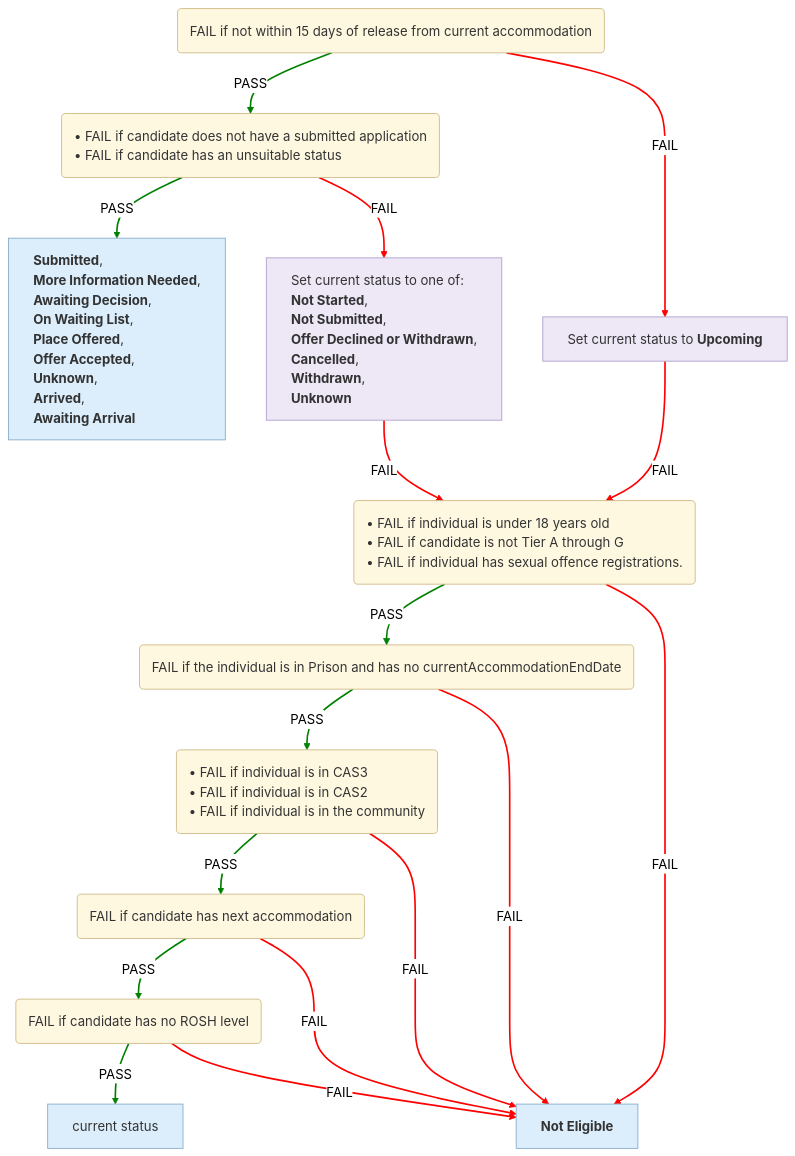
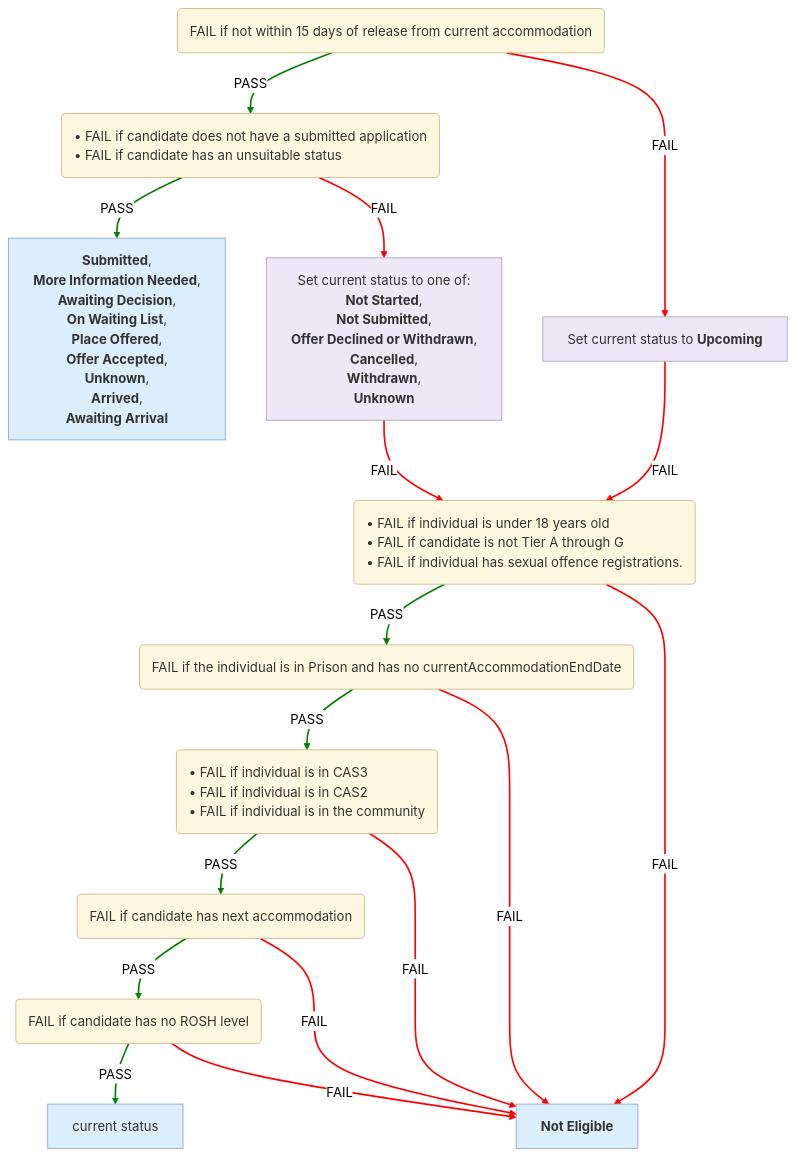
The second of 6 diagrams in docs/eligibility-rules-graph.md (uk-gov-mirror/ministryofjustice.hmpps-single-accommodation-service-api), drawn with Mermaid (neutral theme) before and after one commit. The commit also changed other lines of this file and 3 other files, not shown here.

Commit message:
chore/SAS-1532-Use-UI-statuses-in-graph-instead-of-enums

````diff
--- a/docs/eligibility-rules-graph.md
+++ b/docs/eligibility-rules-graph.md
@@ -135,59 +135,59 @@
 ```mermaid
 %%{init: {"flowchart": {"wrappingWidth": 800}}}%%
 flowchart TD
-  Upcoming("<div style='text-align:left'>FAIL if not within 15 days of release from current accommodation</div>")
+  Upcoming("FAIL if not within 15 days of release from current accommodation")
   Suitability("<div style='text-align:left'>• FAIL if candidate does not have a submitted application
 • FAIL if candidate has an unsuitable status</div>")
-  updater_Submitted___More_Information_Needed___Awaiting_Decision___On_Waiting_List___Place_Offered___Offer_Accepted___Unknown___Arrived___Awaiting_Arrival["<div style='text-align:left'><b>Submitted</b>,
+  updater_Submitted___More_Information_Needed___Awaiting_Decision___On_Waiting_List___Place_Offered___Offer_Accepted___Unknown___Arrived___Awaiting_Arrival["<b>Submitted</b>,
  <b>More Information Needed</b>,
  <b>Awaiting Decision</b>,
  <b>On Waiting List</b>,
  <b>Place Offered</b>,
  <b>Offer Accepted</b>,
  <b>Unknown</b>,
  <b>Arrived</b>,
- <b>Awaiting Arrival</b></div>"]
-  updater_Set_current_status_to_one_of__Not_Started___Not_Submitted___Offer_Declined_or_Withdrawn___Cancelled___Withdrawn___Unknown["<div style='text-align:left'>Set current status to one of:
+ <b>Awaiting Arrival</b>"]
+  updater_Set_current_status_to_one_of__Not_Started___Not_Submitted___Offer_Declined_or_Withdrawn___Cancelled___Withdrawn___Unknown["Set current status to one of:
 <b>Not Started</b>,
  <b>Not Submitted</b>,
  <b>Offer Declined or Withdrawn</b>,
  <b>Cancelled</b>,
  <b>Withdrawn</b>,
- <b>Unknown</b></div>"]
+ <b>Unknown</b>"]
   Eligibility_Person("<div style='text-align:left'>• FAIL if individual is under 18 years old
 • FAIL if candidate is not Tier A through G
 • FAIL if individual has sexual offence registrations.</div>")
-  Eligibility_Release_Date("<div style='text-align:left'>FAIL if the individual is in Prison and has no currentAccommodationEndDate</div>")
+  Eligibility_Release_Date("FAIL if the individual is in Prison and has no currentAccommodationEndDate")
   Eligibility_Current_Accommodation("<div style='text-align:left'>• FAIL if individual is in CAS3
 • FAIL if individual is in CAS2
 • FAIL if individual is in the community</div>")
-  Eligibility_Next_Accommodation("<div style='text-align:left'>FAIL if candidate has next accommodation</div>")
-  Eligibility_Rosh("<div style='text-align:left'>FAIL if candidate has no ROSH level</div>")
-  current_status["<div style='text-align:left'>current status</div>"]
-  Not_Eligible["<div style='text-align:left'><b>Not Eligible</b></div>"]
-  updater_Set_current_status_to_Upcoming["<div style='text-align:left'>Set current status to <b>Upcoming</b></div>"]
+  Eligibility_Next_Accommodation("FAIL if candidate has next accommodation")
+  Eligibility_Rosh("FAIL if candidate has no ROSH level")
+  current_status["current status"]
+  Not_Eligible["<b>Not Eligible</b>"]
+  updater_Set_current_status_to_Upcoming["Set current status to <b>Upcoming</b>"]
   Suitability -->|PASS| updater_Submitted___More_Information_Needed___Awaiting_Decision___On_Waiting_List___Place_Offered___Offer_Accepted___Unknown___Arrived___Awaiting_Arrival
   Suitability -->|FAIL| updater_Set_current_status_to_one_of__Not_Started___Not_Submitted___Offer_Declined_or_Withdrawn___Cancelled___Withdrawn___Unknown
   Eligibility_Rosh -->|PASS| current_status
   Eligibility_Rosh -->|FAIL| Not_Eligible
   Eligibility_Next_Accommodation -->|PASS| Eligibility_Rosh
   Eligibility_Next_Accommodation -->|FAIL| Not_Eligible
   Eligibility_Current_Accommodation -->|PASS| Eligibility_Next_Accommodation
   Eligibility_Current_Accommodation -->|FAIL| Not_Eligible
   Eligibility_Release_Date -->|PASS| Eligibility_Current_Accommodation
   Eligibility_Release_Date -->|FAIL| Not_Eligible
   Eligibility_Person -->|PASS| Eligibility_Release_Date
   Eligibility_Person -->|FAIL| Not_Eligible
   updater_Set_current_status_to_one_of__Not_Started___Not_Submitted___Offer_Declined_or_Withdrawn___Cancelled___Withdrawn___Unknown -->|FAIL| Eligibility_Person
   Upcoming -->|PASS| Suitability
   Upcoming -->|FAIL| updater_Set_current_status_to_Upcoming
   updater_Set_current_status_to_Upcoming -->|FAIL| Eligibility_Person
   linkStyle 0,2,4,6,8,10,13 stroke:green,stroke-width:2px
   linkStyle 1,3,5,7,9,11,12,14,15 stroke:red,stroke-width:2px
   classDef ruleSetNode fill:#FFF8E1,stroke:#C9B37E,color:#333
   classDef outcomeNode fill:#DCEEFB,stroke:#7FA7C9,color:#333
   classDef updaterNode fill:#EDE7F6,stroke:#A99BC9,color:#333
   class Upcoming,Suitability,Eligibility_Person,Eligibility_Release_Date,Eligibility_Current_Accommodation,Eligibility_Next_Accommodation,Eligibility_Rosh ruleSetNode
   class updater_Submitted___More_Information_Needed___Awaiting_Decision___On_Waiting_List___Place_Offered___Offer_Accepted___Unknown___Arrived___Awaiting_Arrival,current_status,Not_Eligible outcomeNode
   class updater_Set_current_status_to_one_of__Not_Started___Not_Submitted___Offer_Declined_or_Withdrawn___Cancelled___Withdrawn___Unknown,updater_Set_current_status_to_Upcoming updaterNode
 ```
````
